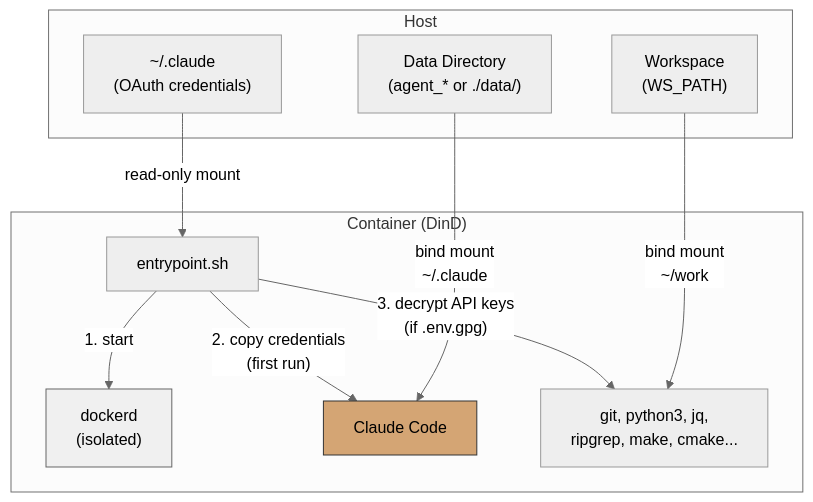
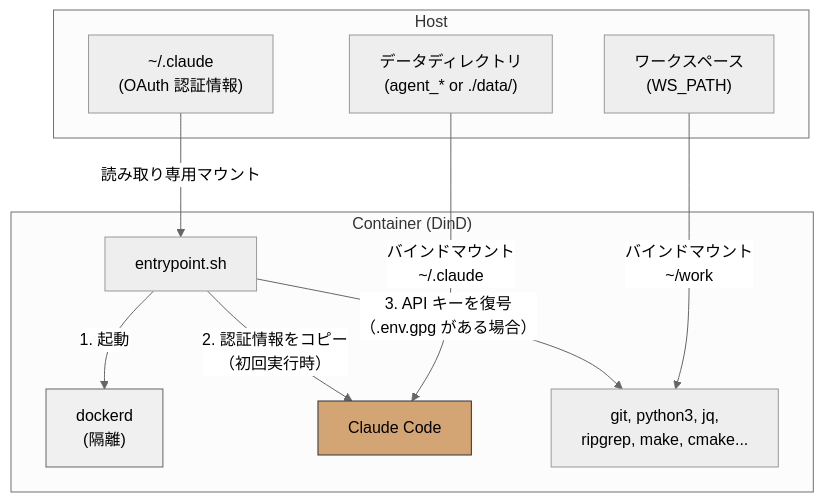
The first of 3 diagrams in doc/README.ja.md (ycpss91255-docker/claude_code), drawn with Mermaid (neutral theme) before and after one commit. The commit also changed other lines of this file and 2 other files, not shown here.

Commit message:
docs: keep 'smoke test' as proper noun in i18n
Do not translate 'smoke test' — it is a proper noun.

````diff
--- a/doc/README.ja.md
+++ b/doc/README.ja.md
@@ -42,26 +42,26 @@
 ```mermaid
 graph TB
     subgraph Host
-        H_OAuth["~/.claude<br/>(OAuth credentials)"]
-        H_WS["Workspace<br/>(WS_PATH)"]
-        H_Data["Data Directory<br/>(agent_* or ./data/)"]
+        H_OAuth["~/.claude<br/>(OAuth 認証情報)"]
+        H_WS["ワークスペース<br/>(WS_PATH)"]
+        H_Data["データディレクトリ<br/>(agent_* or ./data/)"]
     end
 
     subgraph "Container (DinD)"
         EP["entrypoint.sh"]
-        DinD["dockerd<br/>(isolated)"]
+        DinD["dockerd<br/>(隔離)"]
         Claude["Claude Code"]
         Tools["git, python3, jq,<br/>ripgrep, make, cmake..."]
 
-        EP -->|"1. start"| DinD
-        EP -->|"2. copy credentials<br/>(first run)"| Claude
-        EP -->|"3. decrypt API keys<br/>(if .env.gpg)"| Tools
+        EP -->|"1. 起動"| DinD
+        EP -->|"2. 認証情報をコピー<br/>（初回実行時）"| Claude
+        EP -->|"3. API キーを復号<br/>（.env.gpg がある場合）"| Tools
     end
 
-    H_OAuth -->|"read-only mount"| EP
-    H_WS -->|"bind mount<br/>~/work"| Tools
-    H_Data -->|"bind mount<br/>~/.claude"| Claude
+    H_OAuth -->|"読み取り専用マウント"| EP
+    H_WS -->|"バインドマウント<br/>~/work"| Tools
+    H_Data -->|"バインドマウント<br/>~/.claude"| Claude
 
     style DinD fill:#f0f0f0,stroke:#666
     style Claude fill:#d4a574,stroke:#333
 ```
````
